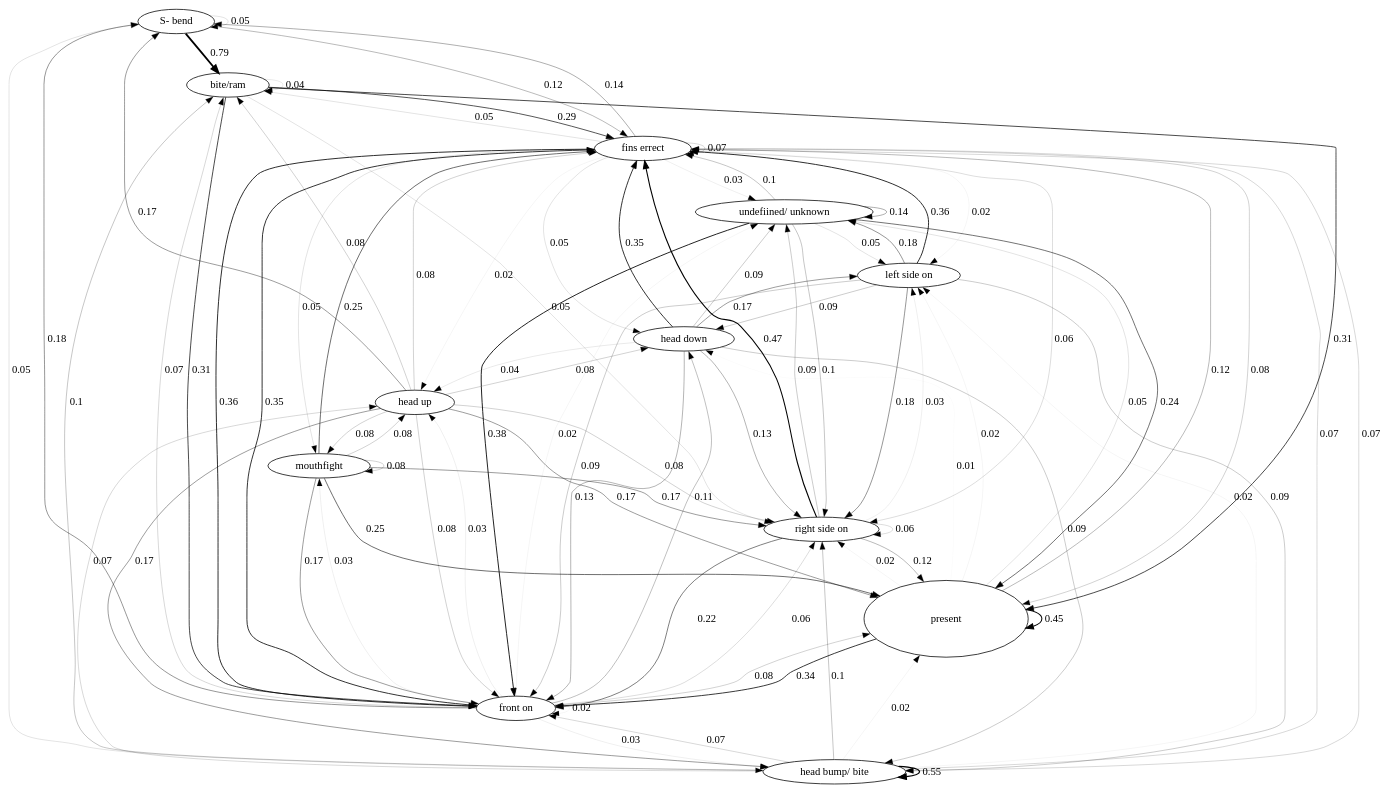
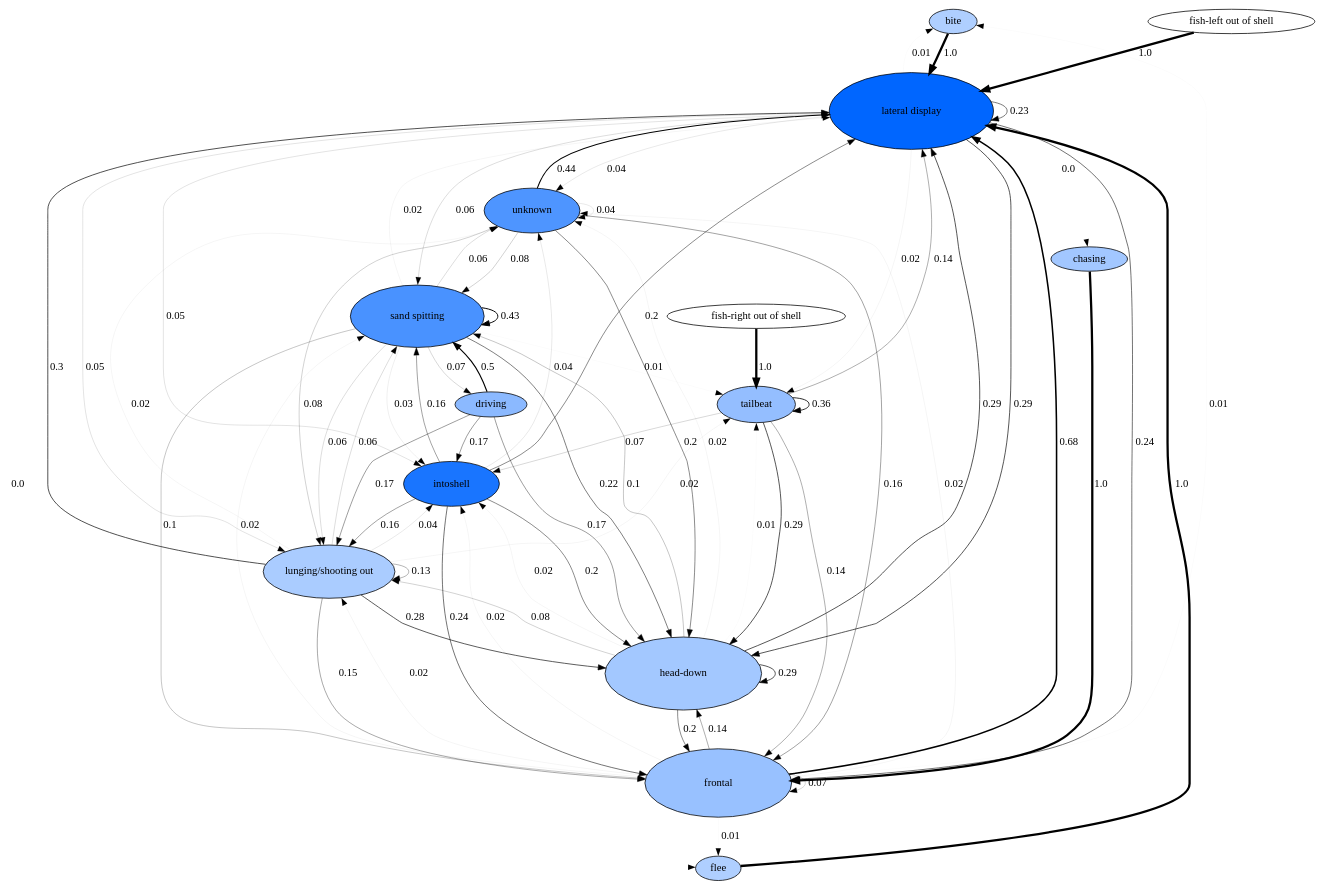
Before and after one commit to nicolkraus/AnalyzeBehavior: the diagram in images/transitions.gv, drawn with Graphviz. The commit also changed 6 other files, not shown here.

```diff
--- a/images/transitions.gv
+++ b/images/transitions.gv
@@ -1,101 +1,87 @@
 digraph  {
-"S- bend" [height="0.0032076023480684035", width="0.0068734336030037224"];
-"bite/ram" [height="0.0", width="0.0"];
-"fins errect" [height="0.042560843678247376", width="0.09120180788195867"];
-"head bump/ bite" [height="0.0", width="0.0"];
-"front on" [height="0.05564905926617548", width="0.11924798414180461"];
-present [height="1.4", width="3.0"];
-"right side on" [height="0.00030478682952862253", width="0.0006531146347041912"];
-"head down" [height="0.00039243059653977573", width="0.0008409227068709481"];
-"head up" [height="0.00037225834229173503", width="0.0007976964477680037"];
-"left side on" [height="5.7138175145950065e-05", width="0.00012243894674132157"];
-mouthfight [height="7.696884780494319e-05", width="0.00016493324529630684"];
-"undefiined/ unknown" [height="0.0010871958303028625", width="0.0023297053506489912"];
-"S- bend" -> "S- bend"  [label="0.05", penwidth="0.15000000000000002"];
-"S- bend" -> "bite/ram"  [label="0.79", penwidth="2.37"];
-"S- bend" -> "fins errect"  [label="0.12", penwidth="0.36"];
-"S- bend" -> "head bump/ bite"  [label="0.05", penwidth="0.15000000000000002"];
-"bite/ram" -> "bite/ram"  [label="0.04", penwidth="0.12"];
-"bite/ram" -> "fins errect"  [label="0.29", penwidth="0.8699999999999999"];
-"bite/ram" -> "front on"  [label="0.31", penwidth="0.9299999999999999"];
-"bite/ram" -> present  [label="0.31", penwidth="0.9299999999999999"];
-"bite/ram" -> "right side on"  [label="0.05", penwidth="0.15000000000000002"];
-"fins errect" -> "S- bend"  [label="0.14", penwidth="0.42000000000000004"];
-"fins errect" -> "bite/ram"  [label="0.05", penwidth="0.15000000000000002"];
-"fins errect" -> "fins errect"  [label="0.07", penwidth="0.21000000000000002"];
-"fins errect" -> "front on"  [label="0.36", penwidth="1.08"];
-"fins errect" -> "head bump/ bite"  [label="0.07", penwidth="0.21000000000000002"];
-"fins errect" -> "head down"  [label="0.05", penwidth="0.15000000000000002"];
-"fins errect" -> "head up"  [label="0.02", penwidth="0.06"];
-"fins errect" -> "left side on"  [label="0.02", penwidth="0.06"];
-"fins errect" -> mouthfight  [label="0.05", penwidth="0.15000000000000002"];
-"fins errect" -> present  [label="0.08", penwidth="0.24"];
-"fins errect" -> "right side on"  [label="0.06", penwidth="0.18"];
-"fins errect" -> "undefiined/ unknown"  [label="0.03", penwidth="0.09"];
-"head bump/ bite" -> "bite/ram"  [label="0.1", penwidth="0.30000000000000004"];
-"head bump/ bite" -> "fins errect"  [label="0.07", penwidth="0.21000000000000002"];
-"head bump/ bite" -> "front on"  [label="0.07", penwidth="0.21000000000000002"];
-"head bump/ bite" -> "head bump/ bite"  [label="0.55", penwidth="1.6500000000000001"];
-"head bump/ bite" -> "head up"  [label="0.07", penwidth="0.21000000000000002"];
-"head bump/ bite" -> "left side on"  [label="0.02", penwidth="0.06"];
-"head bump/ bite" -> present  [label="0.02", penwidth="0.06"];
-"head bump/ bite" -> "right side on"  [label="0.1", penwidth="0.30000000000000004"];
-"front on" -> "S- bend"  [label="0.18", penwidth="0.54"];
-"front on" -> "bite/ram"  [label="0.07", penwidth="0.21000000000000002"];
-"front on" -> "fins errect"  [label="0.35", penwidth="1.0499999999999998"];
-"front on" -> "front on"  [label="0.02", penwidth="0.06"];
-"front on" -> "head bump/ bite"  [label="0.03", penwidth="0.09"];
-"front on" -> "head down"  [label="0.11", penwidth="0.33"];
-"front on" -> "head up"  [label="0.03", penwidth="0.09"];
-"front on" -> mouthfight  [label="0.03", penwidth="0.09"];
-"front on" -> present  [label="0.08", penwidth="0.24"];
-"front on" -> "right side on"  [label="0.06", penwidth="0.18"];
-"front on" -> "undefiined/ unknown"  [label="0.02", penwidth="0.06"];
-present -> "fins errect"  [label="0.12", penwidth="0.36"];
-present -> "front on"  [label="0.34", penwidth="1.02"];
-present -> "head down"  [label="0.01", penwidth="0.03"];
-present -> "left side on"  [label="0.02", penwidth="0.06"];
-present -> present  [label="0.45", penwidth="1.35"];
-present -> "right side on"  [label="0.02", penwidth="0.06"];
-present -> "undefiined/ unknown"  [label="0.05", penwidth="0.15000000000000002"];
-"right side on" -> "fins errect"  [label="0.47", penwidth="1.41"];
-"right side on" -> "front on"  [label="0.22", penwidth="0.66"];
-"right side on" -> "left side on"  [label="0.03", penwidth="0.09"];
-"right side on" -> present  [label="0.12", penwidth="0.36"];
-"right side on" -> "right side on"  [label="0.06", penwidth="0.18"];
-"right side on" -> "undefiined/ unknown"  [label="0.09", penwidth="0.27"];
-"head down" -> "fins errect"  [label="0.35", penwidth="1.0499999999999998"];
-"head down" -> "front on"  [label="0.13", penwidth="0.39"];
-"head down" -> "head bump/ bite"  [label="0.09", penwidth="0.27"];
-"head down" -> "head up"  [label="0.04", penwidth="0.12"];
-"head down" -> "left side on"  [label="0.17", penwidth="0.51"];
-"head down" -> "right side on"  [label="0.13", penwidth="0.39"];
-"head down" -> "undefiined/ unknown"  [label="0.09", penwidth="0.27"];
-"head up" -> "S- bend"  [label="0.17", penwidth="0.51"];
-"head up" -> "bite/ram"  [label="0.08", penwidth="0.24"];
-"head up" -> "fins errect"  [label="0.08", penwidth="0.24"];
-"head up" -> "front on"  [label="0.08", penwidth="0.24"];
-"head up" -> "head bump/ bite"  [label="0.17", penwidth="0.51"];
-"head up" -> "head down"  [label="0.08", penwidth="0.24"];
-"head up" -> mouthfight  [label="0.08", penwidth="0.24"];
-"head up" -> present  [label="0.17", penwidth="0.51"];
-"head up" -> "right side on"  [label="0.08", penwidth="0.24"];
-"left side on" -> "fins errect"  [label="0.36", penwidth="1.08"];
-"left side on" -> "front on"  [label="0.09", penwidth="0.27"];
-"left side on" -> "head bump/ bite"  [label="0.09", penwidth="0.27"];
-"left side on" -> "head down"  [label="0.09", penwidth="0.27"];
-"left side on" -> "right side on"  [label="0.18", penwidth="0.54"];
-"left side on" -> "undefiined/ unknown"  [label="0.18", penwidth="0.54"];
-mouthfight -> "fins errect"  [label="0.25", penwidth="0.75"];
-mouthfight -> "front on"  [label="0.17", penwidth="0.51"];
-mouthfight -> "head up"  [label="0.08", penwidth="0.24"];
-mouthfight -> mouthfight  [label="0.08", penwidth="0.24"];
-mouthfight -> present  [label="0.25", penwidth="0.75"];
-mouthfight -> "right side on"  [label="0.17", penwidth="0.51"];
-"undefiined/ unknown" -> "fins errect"  [label="0.1", penwidth="0.30000000000000004"];
-"undefiined/ unknown" -> "front on"  [label="0.38", penwidth="1.1400000000000001"];
-"undefiined/ unknown" -> "left side on"  [label="0.05", penwidth="0.15000000000000002"];
-"undefiined/ unknown" -> present  [label="0.24", penwidth="0.72"];
-"undefiined/ unknown" -> "right side on"  [label="0.1", penwidth="0.30000000000000004"];
-"undefiined/ unknown" -> "undefiined/ unknown"  [label="0.14", penwidth="0.42000000000000004"];
+bite [fillcolor="0.6 0.31041268515297876 1", height="0.4089769934037396", style=filled, width="0.8763792715794421"];
+"lateral display" [fillcolor="0.6 1.0 1", height="1.4", style=filled, width="3.0"];
+chasing [fillcolor="0.6 0.3641059420302496 1", height="0.0", style=filled, width="0.0"];
+frontal [fillcolor="0.6 0.40116021551138265 1", height="1.250224684719749", style=filled, width="2.6790528958280335"];
+driving [fillcolor="0.6 0.4542066574161226 1", height="0.455307032949974", style=filled, width="0.9756579277499443"];
+"head-down" [fillcolor="0.6 0.35734738450418824 1", height="1.3346640951735487", style=filled, width="2.8599944896576046"];
+intoshell [fillcolor="0.6 0.8998672923111098 1", height="0.8179539868074792", style=filled, width="1.7527585431588841"];
+"lunging/shooting out" [fillcolor="0.6 0.3305373086116528 1", height="0.9783675270371591", style=filled, width="2.0965018436510556"];
+"sand spitting" [fillcolor="0.6 0.7113984112181837 1", height="1.1377436399965202", style=filled, width="2.4380220857068293"];
+"fish-left out of shell" [fillcolor="0.6 0.0 1", height="0.0", style=filled, width="0.0"];
+"fish-right out of shell" [fillcolor="0.6 0.0 1", height="0.0", style=filled, width="0.0"];
+tailbeat [fillcolor="0.6 0.41947307861452143 1", height="0.6706153270950386", style=filled, width="1.4370328437750828"];
+flee [fillcolor="0.6 0.31088473482597584 1", height="0.17613680385032734", style=filled, width="0.37743600825070145"];
+unknown [fillcolor="0.6 0.6910878834941654 1", height="0.8179539868074792", style=filled, width="1.7527585431588841"];
+bite -> "lateral display"  [label="1.0", penwidth="3.0"];
+"lateral display" -> bite  [label="0.01", penwidth="0.03"];
+"lateral display" -> chasing  [label="0.0", penwidth="0.0"];
+"lateral display" -> flee  [label="0.0", penwidth="0.0"];
+"lateral display" -> frontal  [label="0.24", penwidth="0.72"];
+"lateral display" -> "head-down"  [label="0.29", penwidth="0.8699999999999999"];
+"lateral display" -> intoshell  [label="0.05", penwidth="0.15000000000000002"];
+"lateral display" -> "lateral display"  [label="0.23", penwidth="0.6900000000000001"];
+"lateral display" -> "lunging/shooting out"  [label="0.05", penwidth="0.15000000000000002"];
+"lateral display" -> "sand spitting"  [label="0.06", penwidth="0.18"];
+"lateral display" -> tailbeat  [label="0.02", penwidth="0.06"];
+"lateral display" -> unknown  [label="0.04", penwidth="0.12"];
+chasing -> frontal  [label="1.0", penwidth="3.0"];
+frontal -> bite  [label="0.01", penwidth="0.03"];
+frontal -> flee  [label="0.01", penwidth="0.03"];
+frontal -> frontal  [label="0.07", penwidth="0.21000000000000002"];
+frontal -> "head-down"  [label="0.14", penwidth="0.42000000000000004"];
+frontal -> intoshell  [label="0.02", penwidth="0.06"];
+frontal -> "lateral display"  [label="0.68", penwidth="2.04"];
+frontal -> "lunging/shooting out"  [label="0.02", penwidth="0.06"];
+frontal -> "sand spitting"  [label="0.02", penwidth="0.06"];
+frontal -> unknown  [label="0.02", penwidth="0.06"];
+driving -> "head-down"  [label="0.17", penwidth="0.51"];
+driving -> intoshell  [label="0.17", penwidth="0.51"];
+driving -> "lunging/shooting out"  [label="0.17", penwidth="0.51"];
+driving -> "sand spitting"  [label="0.5", penwidth="1.5"];
+"head-down" -> frontal  [label="0.2", penwidth="0.6000000000000001"];
+"head-down" -> "head-down"  [label="0.29", penwidth="0.8699999999999999"];
+"head-down" -> intoshell  [label="0.02", penwidth="0.06"];
+"head-down" -> "lateral display"  [label="0.29", penwidth="0.8699999999999999"];
+"head-down" -> "lunging/shooting out"  [label="0.08", penwidth="0.24"];
+"head-down" -> "sand spitting"  [label="0.1", penwidth="0.30000000000000004"];
+"head-down" -> tailbeat  [label="0.01", penwidth="0.03"];
+"head-down" -> unknown  [label="0.02", penwidth="0.06"];
+intoshell -> frontal  [label="0.24", penwidth="0.72"];
+intoshell -> "head-down"  [label="0.2", penwidth="0.6000000000000001"];
+intoshell -> "lateral display"  [label="0.2", penwidth="0.6000000000000001"];
+intoshell -> "lunging/shooting out"  [label="0.16", penwidth="0.48"];
+intoshell -> "sand spitting"  [label="0.16", penwidth="0.48"];
+intoshell -> unknown  [label="0.04", penwidth="0.12"];
+"lunging/shooting out" -> frontal  [label="0.15", penwidth="0.44999999999999996"];
+"lunging/shooting out" -> "head-down"  [label="0.28", penwidth="0.8400000000000001"];
+"lunging/shooting out" -> intoshell  [label="0.04", penwidth="0.12"];
+"lunging/shooting out" -> "lateral display"  [label="0.3", penwidth="0.8999999999999999"];
+"lunging/shooting out" -> "lunging/shooting out"  [label="0.13", penwidth="0.39"];
+"lunging/shooting out" -> "sand spitting"  [label="0.06", penwidth="0.18"];
+"lunging/shooting out" -> tailbeat  [label="0.02", penwidth="0.06"];
+"lunging/shooting out" -> unknown  [label="0.02", penwidth="0.06"];
+"sand spitting" -> driving  [label="0.07", penwidth="0.21000000000000002"];
+"sand spitting" -> frontal  [label="0.1", penwidth="0.30000000000000004"];
+"sand spitting" -> "head-down"  [label="0.22", penwidth="0.66"];
+"sand spitting" -> intoshell  [label="0.03", penwidth="0.09"];
+"sand spitting" -> "lateral display"  [label="0.02", penwidth="0.06"];
+"sand spitting" -> "lunging/shooting out"  [label="0.06", penwidth="0.18"];
+"sand spitting" -> "sand spitting"  [label="0.43", penwidth="1.29"];
+"sand spitting" -> tailbeat  [label="0.01", penwidth="0.03"];
+"sand spitting" -> unknown  [label="0.06", penwidth="0.18"];
+"fish-left out of shell" -> "lateral display"  [label="1.0", penwidth="3.0"];
+"fish-right out of shell" -> tailbeat  [label="1.0", penwidth="3.0"];
+tailbeat -> frontal  [label="0.14", penwidth="0.42000000000000004"];
+tailbeat -> "head-down"  [label="0.29", penwidth="0.8699999999999999"];
+tailbeat -> intoshell  [label="0.07", penwidth="0.21000000000000002"];
+tailbeat -> "lateral display"  [label="0.14", penwidth="0.42000000000000004"];
+tailbeat -> tailbeat  [label="0.36", penwidth="1.08"];
+flee -> "lateral display"  [label="1.0", penwidth="3.0"];
+unknown -> frontal  [label="0.16", penwidth="0.48"];
+unknown -> "head-down"  [label="0.2", penwidth="0.6000000000000001"];
+unknown -> "lateral display"  [label="0.44", penwidth="1.32"];
+unknown -> "lunging/shooting out"  [label="0.08", penwidth="0.24"];
+unknown -> "sand spitting"  [label="0.08", penwidth="0.24"];
+unknown -> unknown  [label="0.04", penwidth="0.12"];
 }
```
